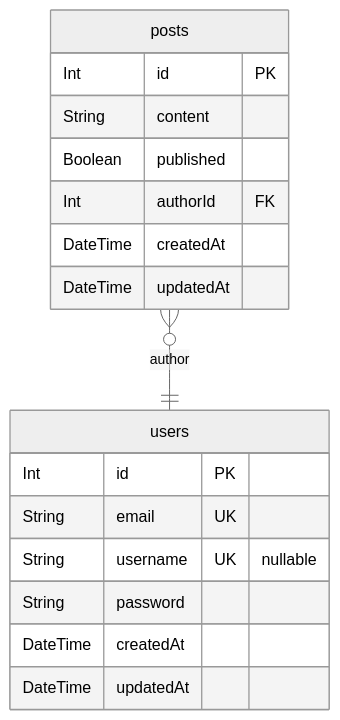
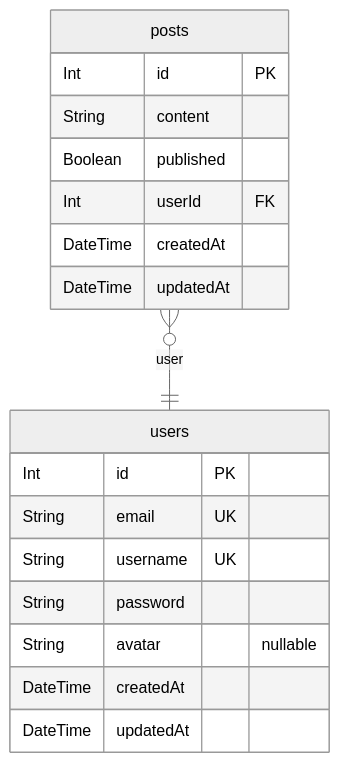
Before and after one commit to Phastboy/nest-auth: the diagram in prisma/ERD.md, drawn with Mermaid (neutral theme). The commit also changed other lines of this file and 6 other files, not shown here.

````diff
--- a/prisma/ERD.md
+++ b/prisma/ERD.md
@@ -7,20 +7,21 @@
 ```mermaid
 erDiagram
 "users" {
   Int id PK
   String email UK
-  String username UK "nullable"
+  String username UK
   String password
+  String avatar "nullable"
   DateTime createdAt
   DateTime updatedAt
 }
 "posts" {
   Int id PK
   String content
   Boolean published
-  Int authorId FK
+  Int userId FK
   DateTime createdAt
   DateTime updatedAt
 }
-"posts" }o--|| "users" : author
+"posts" }o--|| "users" : user
 ```
````
